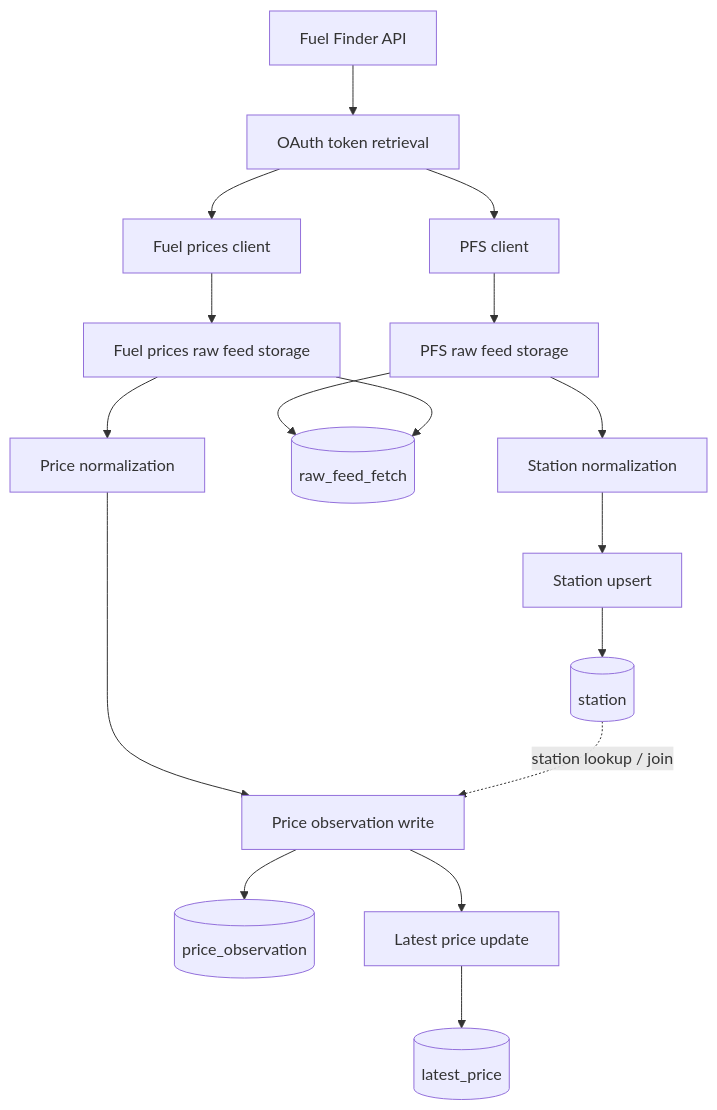
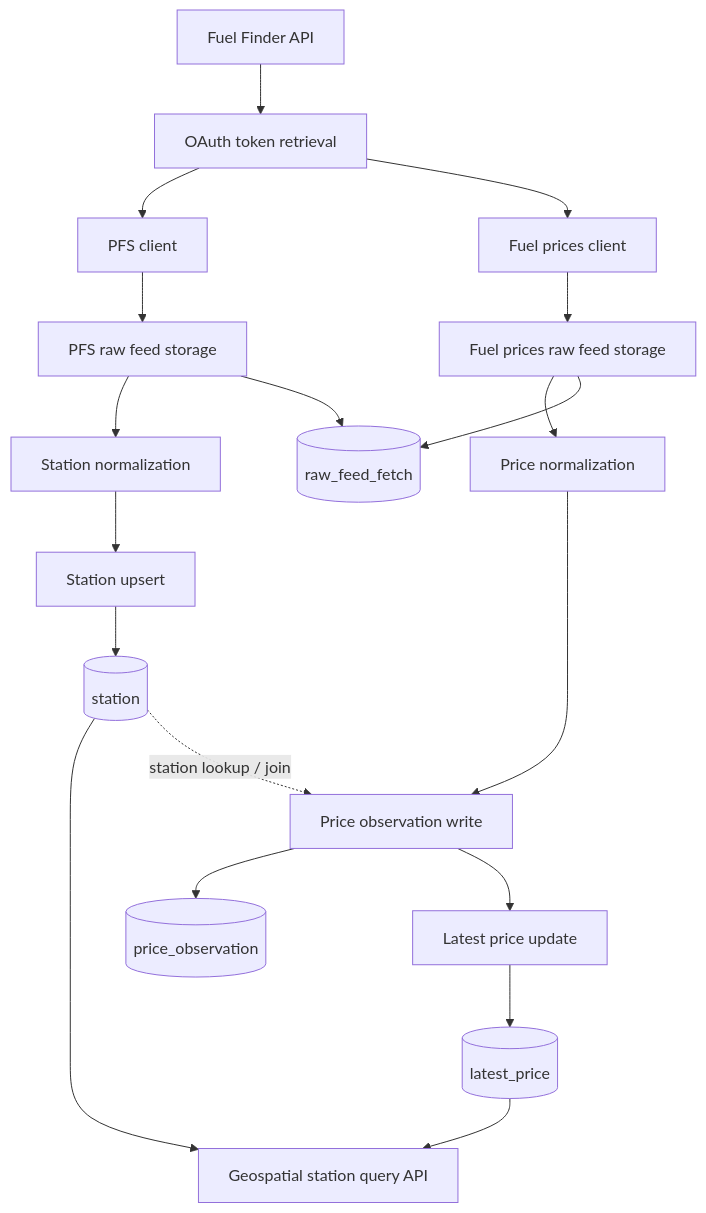
One commit to bellisaidev/fuel-finder changed the diagram in README.md. Above: the diagram before and after it, drawn with Mermaid. The commit also changed other lines of this file, not shown here.

First line of the commit message:
Update README for geospatial API and station data flow

````diff
--- a/README.md
+++ b/README.md
@@ -63,21 +65,23 @@
 ```mermaid
 flowchart TD
     A[Fuel Finder API] --> B[OAuth token retrieval]
     B --> C[PFS client]
     B --> D[Fuel prices client]
 
     C --> E[PFS raw feed storage]
     E --> F[Station normalization]
     F --> G[Station upsert]
     G --> H[(station)]
     E --> I[(raw_feed_fetch)]
 
     D --> J[Fuel prices raw feed storage]
     J --> K[Price normalization]
     K --> L[Price observation write]
     L --> M[(price_observation)]
     L --> N[Latest price update]
     N --> O[(latest_price)]
+    H --> P[Geospatial station query API]
+    O --> P
     H -. station lookup / join .-> L
     J --> I
 ```
````
